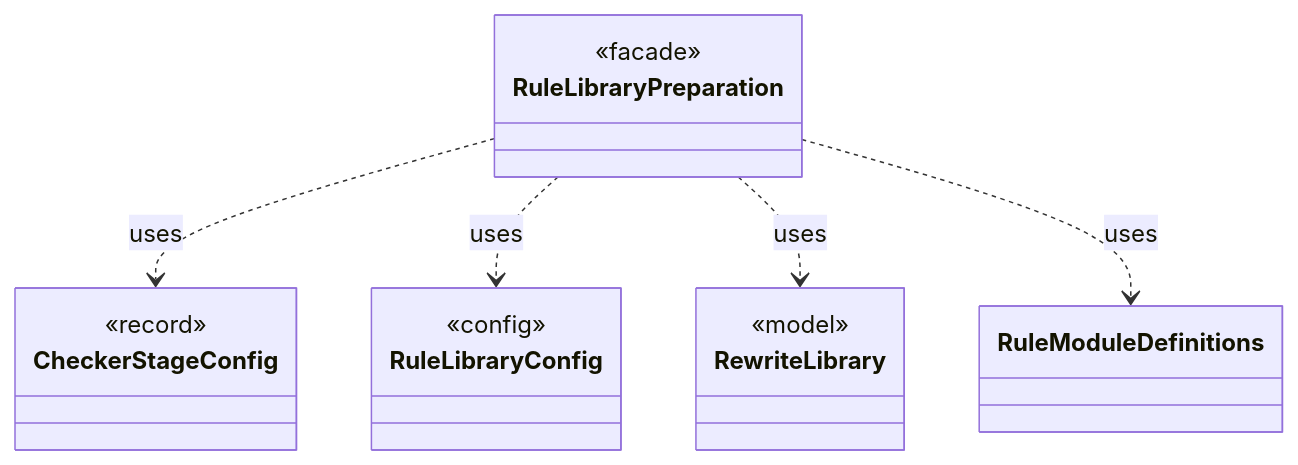
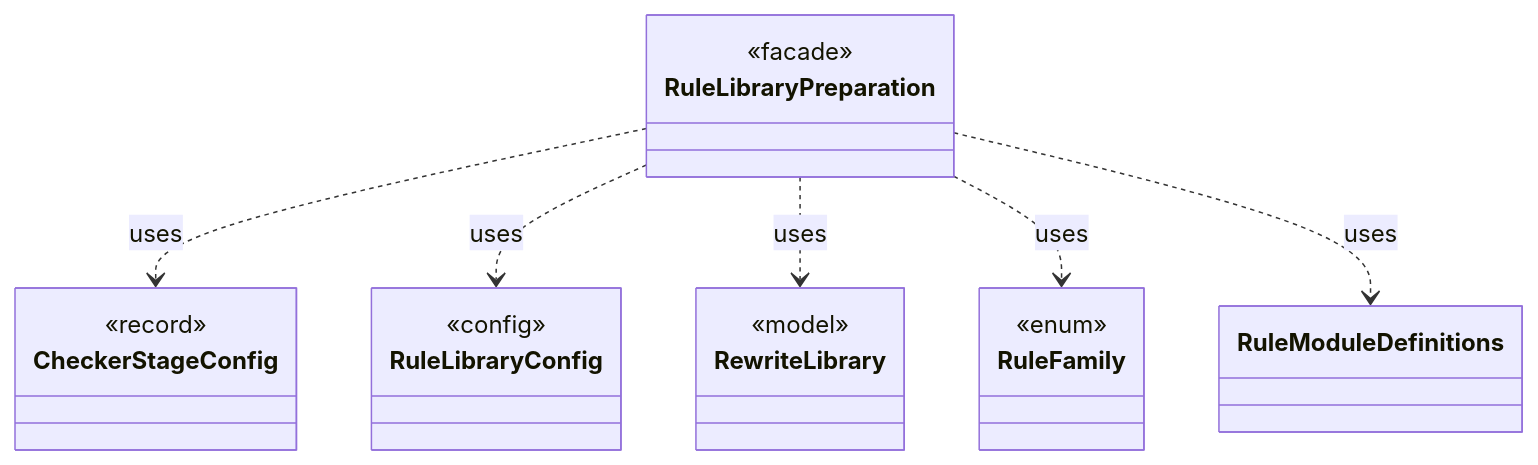
One commit to tlaplus/model-checker-hardening changed the diagram in dev/types/io.github.tlaplus.hardening.workflow.library.RuleLibraryPreparation.md. Above: the diagram before and after it, drawn with Mermaid. The commit also changed other lines of this file and 402 other files, not shown here.

````diff
--- a/dev/types/io.github.tlaplus.hardening.workflow.library.RuleLibraryPreparation.md
+++ b/dev/types/io.github.tlaplus.hardening.workflow.library.RuleLibraryPreparation.md
@@ -9,20 +9,24 @@
 ```mermaid
 classDiagram
   class RuleLibraryPreparation {
     <<facade>>
   }
   class CheckerStageConfig {
     <<record>>
   }
   class RuleLibraryConfig {
     <<config>>
   }
   class RewriteLibrary {
     <<model>>
   }
+  class RuleFamily {
+    <<enum>>
+  }
   class RuleModuleDefinitions
   RuleLibraryPreparation ..> CheckerStageConfig : uses
   RuleLibraryPreparation ..> RuleLibraryConfig : uses
   RuleLibraryPreparation ..> RewriteLibrary : uses
+  RuleLibraryPreparation ..> RuleFamily : uses
   RuleLibraryPreparation ..> RuleModuleDefinitions : uses
 ```
````
